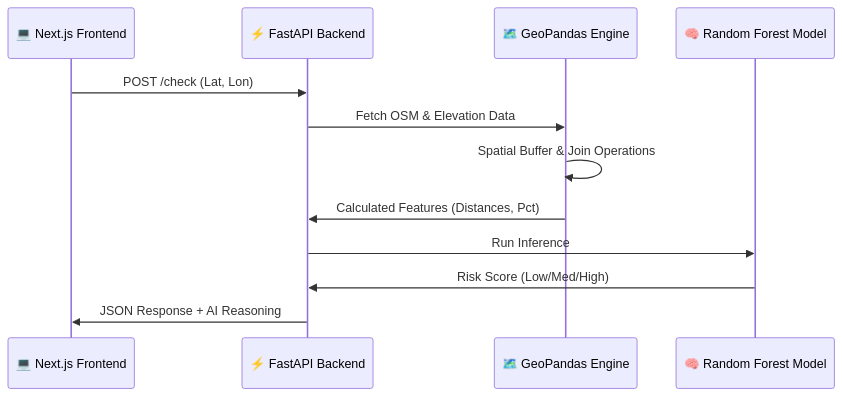
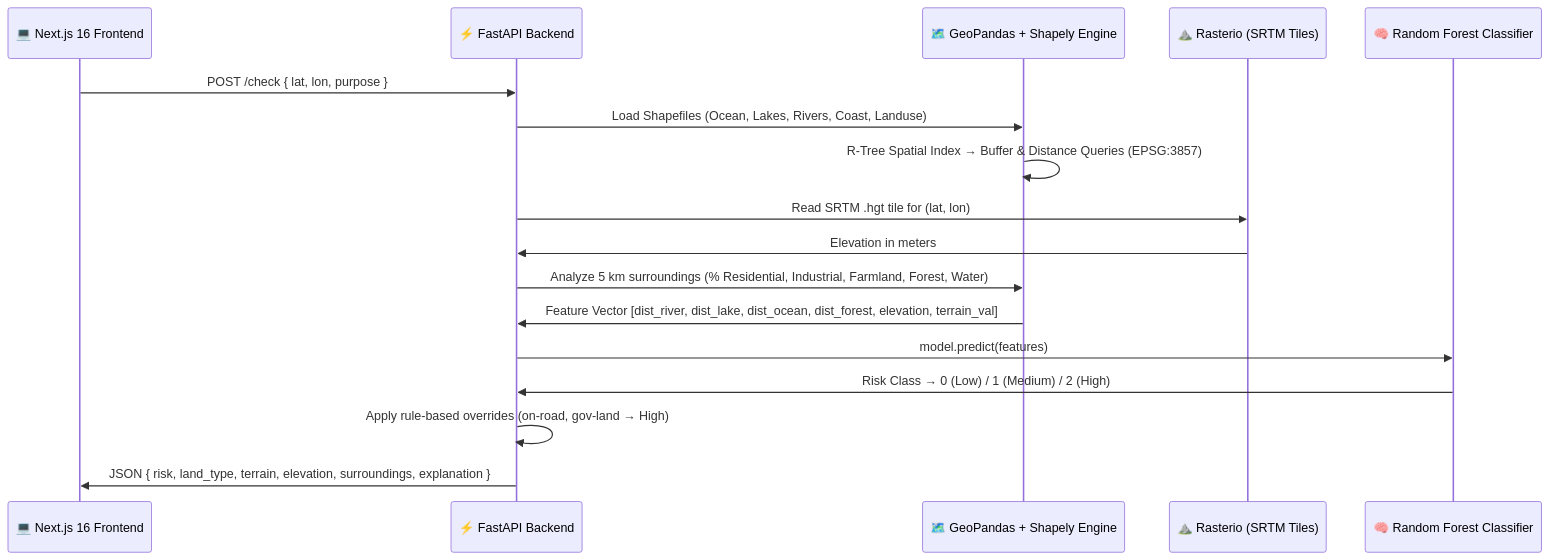
The second of 2 diagrams in README.md (abdulsami-S/GeoSafe-AI), drawn with Mermaid before and after one commit. The commit also changed other lines of this file, not shown here.

First line of the commit message:
Revise README for clarity and updated features

````diff
--- a/README.md
+++ b/README.md
@@ -27,15 +27,20 @@
 ```mermaid
 sequenceDiagram
-    participant User as 💻 Next.js Frontend
+    participant User as 💻 Next.js 16 Frontend
     participant API as ⚡ FastAPI Backend
-    participant GIS as 🗺️ GeoPandas Engine
-    participant ML as 🧠 Random Forest Model
+    participant GIS as 🗺️ GeoPandas + Shapely Engine
+    participant ELV as ⛰️ Rasterio (SRTM Tiles)
+    participant ML as 🧠 Random Forest Classifier
 
-    User->>API: POST /check (Lat, Lon)
-    API->>GIS: Fetch OSM & Elevation Data
-    GIS->>GIS: Spatial Buffer & Join Operations
-    GIS->>API: Calculated Features (Distances, Pct)
-    API->>ML: Run Inference
-    ML->>API: Risk Score (Low/Med/High)
-    API->>User: JSON Response + AI Reasoning
+    User->>API: POST /check { lat, lon, purpose }
+    API->>GIS: Load Shapefiles (Ocean, Lakes, Rivers, Coast, Landuse)
+    GIS->>GIS: R-Tree Spatial Index → Buffer & Distance Queries (EPSG:3857)
+    API->>ELV: Read SRTM .hgt tile for (lat, lon)
+    ELV->>API: Elevation in meters
+    API->>GIS: Analyze 5 km surroundings (% Residential, Industrial, Farmland, Forest, Water)
+    GIS->>API: Feature Vector [dist_river, dist_lake, dist_ocean, dist_forest, elevation, terrain_val]
+    API->>ML: model.predict(features)
+    ML->>API: Risk Class → 0 (Low) / 1 (Medium) / 2 (High)
+    API->>API: Apply rule-based overrides (on-road, gov-land → High)
+    API->>User: JSON { risk, land_type, terrain, elevation, surroundings, explanation }
 ```
````
